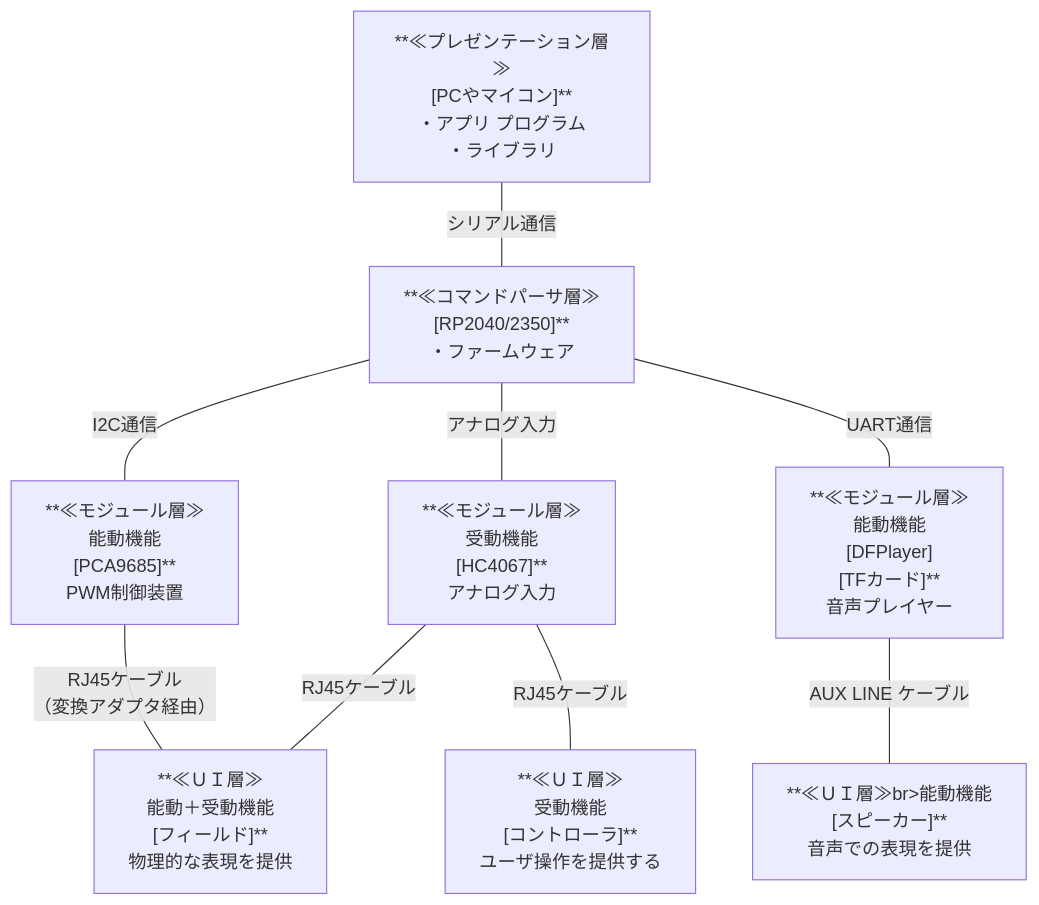
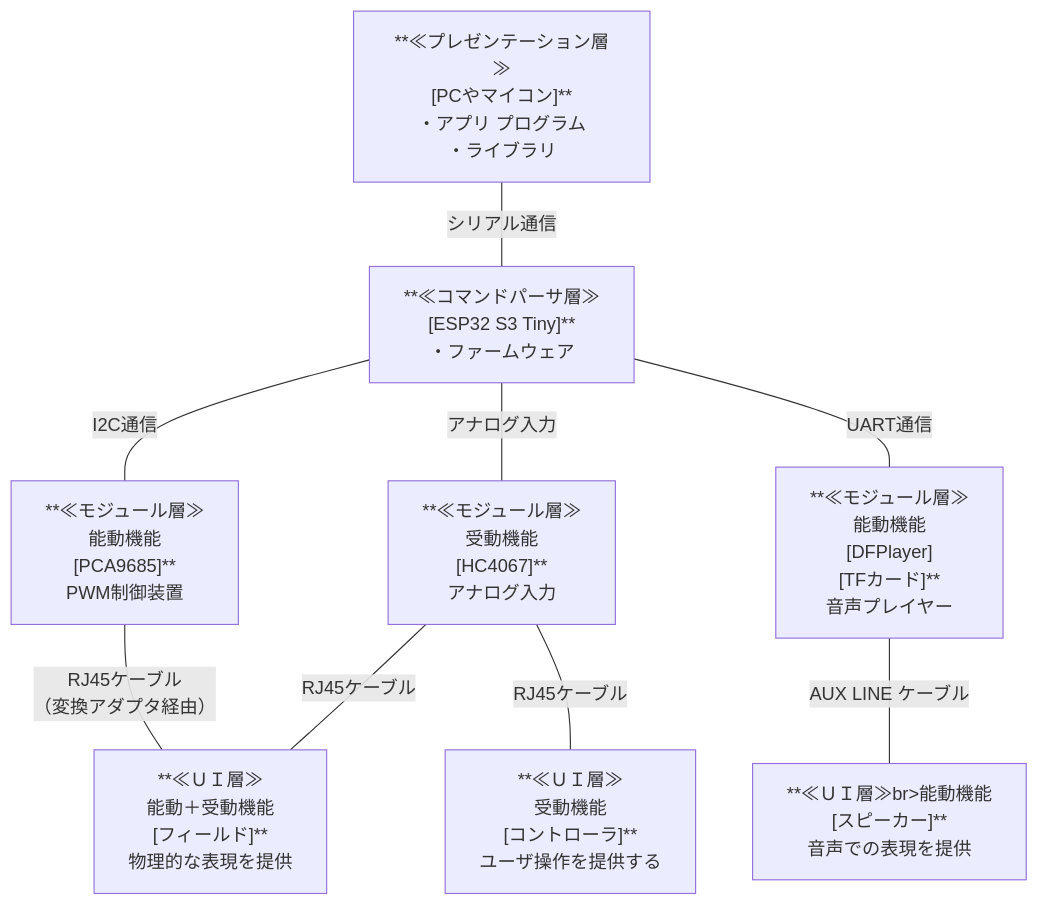
Before and after one commit to kureha001/MMP: the diagram in README/1-2_システム･ソフト構成.md, drawn with Mermaid. The commit also changed 25 other files, not shown here.

````diff
--- a/README/1-2_システム･ソフト構成.md
+++ b/README/1-2_システム･ソフト構成.md
@@ -7,27 +7,27 @@
 ```mermaid
 flowchart TD
     APP["**≪プレゼンテーション層≫<br>[PCやマイコン]**<br>・アプリ プログラム<br>・ライブラリ"]
-    MMP["**≪コマンドパーサ層≫<br>[RP2040/2350]**<br>・ファームウェア"]
+    MMP["**≪コマンドパーサ層≫<br>[ESP32 S3 Tiny]**<br>・ファームウェア"]
 
     能動["**≪モジュール層≫<br>能動機能<br>[PCA9685]**<br>PWM制御装置"]
     受動["**≪モジュール層≫<br>受動機能<br>[HC4067]**<br>アナログ入力" ]
     音声["**≪モジュール層≫<br>能動機能<br>[DFPlayer]<br>[TFカード]**<br>音声プレイヤー"]
 
     フィールド["**≪ＵＩ層≫<br>能動＋受動機能<br>[フィールド]**<br>物理的な表現を提供"]
 
     コントローラ["**≪ＵＩ層≫<br>受動機能<br>[コントローラ]**<br>ユーザ操作を提供する"]
 
     スピーカー["**≪ＵＩ層≫br>能動機能<br>[スピーカー]**<br>音声での表現を提供"]
 
     APP ---|シリアル通信| MMP
 
     MMP --- |I2C通信|能動
     MMP --- |アナログ入力|受動
     MMP --- |UART通信|音声
 
     受動 --- |RJ45ケーブル|フィールド 
     受動 --- |RJ45ケーブル|コントローラ 
     能動 --- |RJ45ケーブル<br>（変換アダプタ経由）|フィールド
 
     音声  --- |AUX LINE ケーブル| スピーカー
 ```
````
